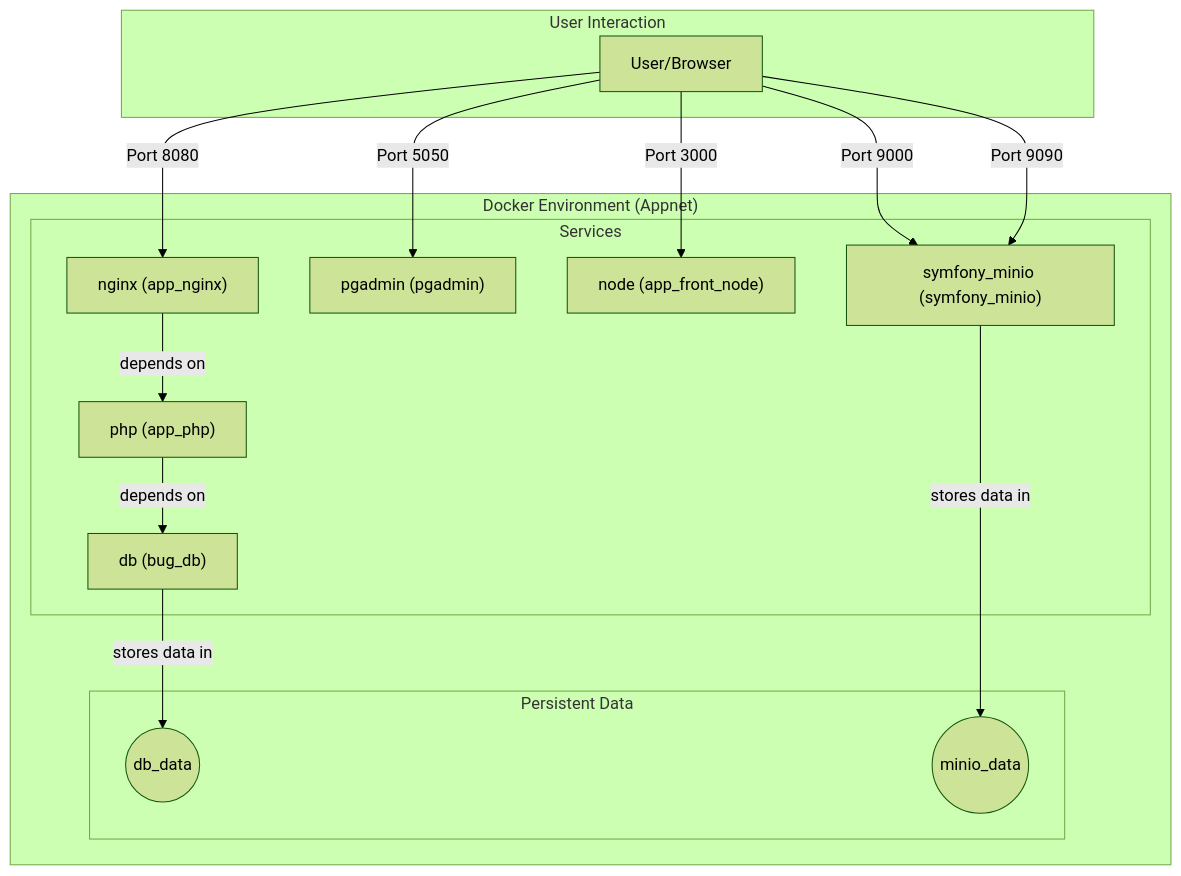
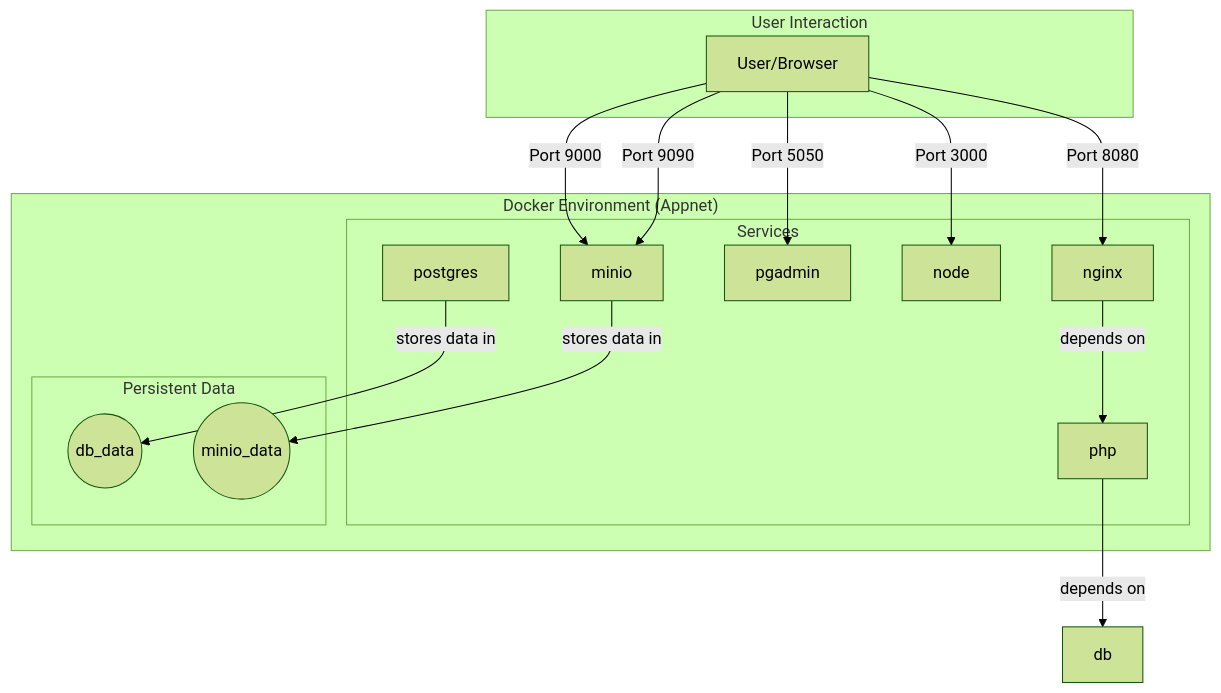
Before and after one commit to ayyoub-afwallah/BugNest: the first of 2 diagrams in README.md, drawn with Mermaid (forest theme). The commit also changed other lines of this file and 15 other files, not shown here.

````diff
--- a/README.md
+++ b/README.md
@@ -10,33 +11,33 @@
 ```mermaid
 graph TD
     subgraph "User Interaction"
         User/Browser
     end
 
     subgraph "Docker Environment (Appnet)"
         subgraph "Services"
-            php["php (app_php)"]
-            nginx["nginx (app_nginx)"]
-            db["db (bug_db)"]
-            pgadmin["pgadmin (pgadmin)"]
-            node["node (app_front_node)"]
-            symfony_minio["symfony_minio (symfony_minio)"]
+            php["php"]
+            nginx["nginx"]
+            postgres["postgres"]
+            pgadmin["pgadmin"]
+            node["node"]
+            minio["minio"]
         end
 
         subgraph "Persistent Data"
             db_data((db_data))
             minio_data((minio_data))
         end
 
     end
 
     php -- depends on --> db
     User/Browser -- "Port 8080" --> nginx
     nginx -- depends on --> php
-    db -- stores data in --> db_data
+    postgres -- stores data in --> db_data
     User/Browser -- "Port 5050" --> pgadmin
     User/Browser -- "Port 3000" --> node
-    User/Browser -- "Port 9000" --> symfony_minio
-    User/Browser -- "Port 9090" --> symfony_minio
-    symfony_minio -- stores data in --> minio_data
+    User/Browser -- "Port 9000" --> minio
+    User/Browser -- "Port 9090" --> minio
+    minio -- stores data in --> minio_data
 ```
````
